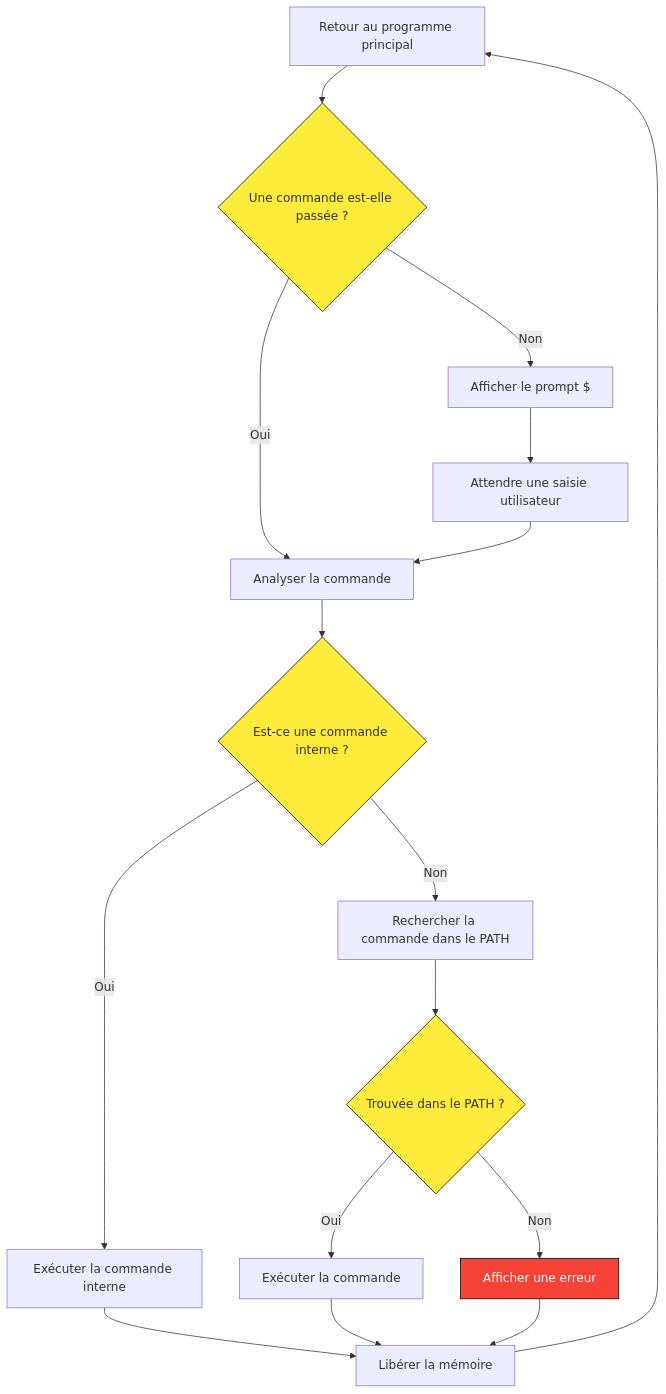
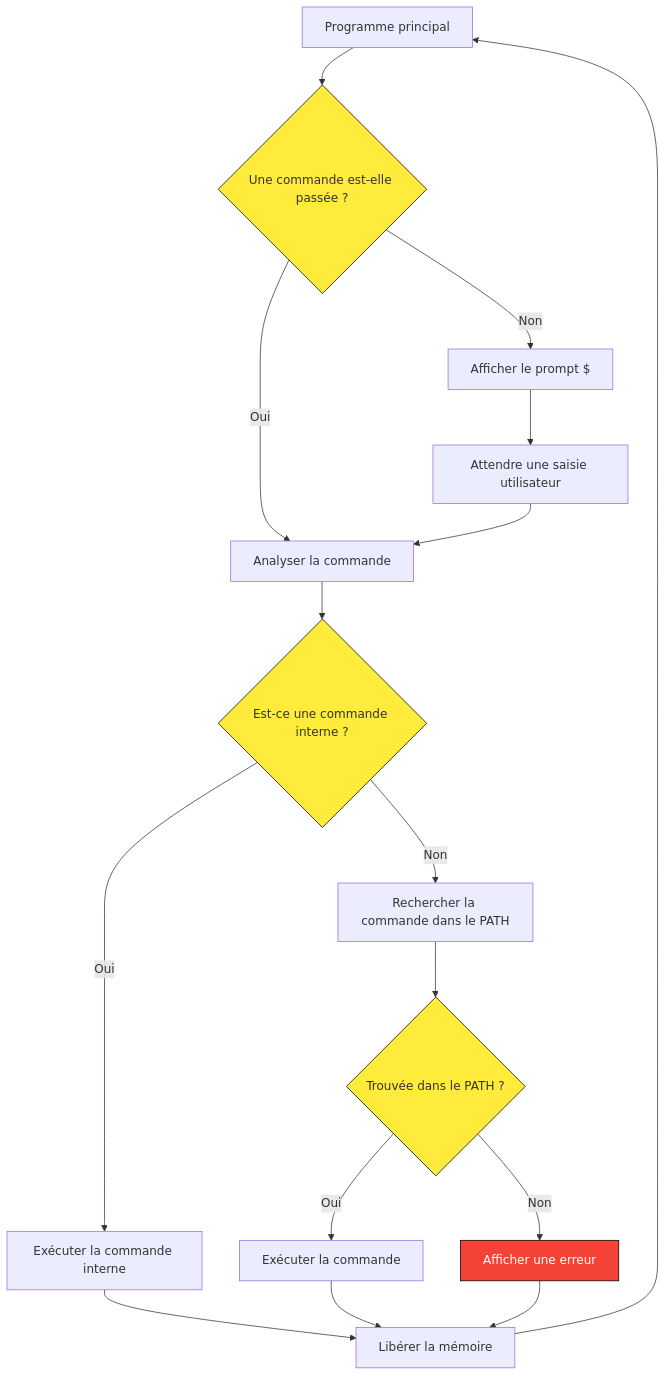
Before and after one commit to StrawberSam/holbertonschool-simple_shell: the diagram in README.md, drawn with Mermaid. The commit also changed other lines of this file, not shown here.

Commit message:
:hammer: (README.md) : Fix the flowchart

````diff
--- a/README.md
+++ b/README.md
@@ -120,24 +120,24 @@
 ```mermaid
 flowchart TD
     classDef condition fill:#ffeb3b,stroke:#000,stroke-width:1px;
     classDef erreur fill:#f44336,color:#fff,stroke:#000,stroke-width:1px;
 
     A[Programme Principal] --> B{Une commande est-elle passée ?}
     B -- Oui --> C[Analyser la commande]
     B -- Non --> D[Afficher le prompt $]
     D --> E[Attendre une saisie utilisateur]
     E --> C
     C --> F{Est-ce une commande interne ?}
     F -- Oui --> G[Exécuter la commande interne]
     F -- Non --> H[Rechercher la commande dans le PATH]
     H --> I{Trouvée dans le PATH ?}
     I -- Oui --> J[Exécuter la commande]
     I -- Non --> K[Afficher une erreur]
     G --> L[Libérer la mémoire]
     J --> L
     K --> L
-    L --> A[Retour au programme principal]
+    L --> A[Programme principal]
 
     class B,F,I condition;
     class K erreur;
 ```
````
